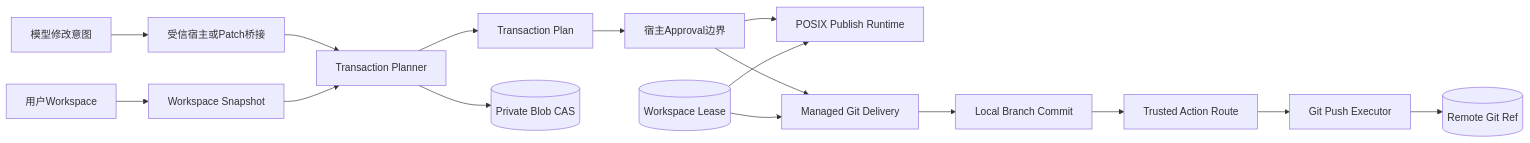
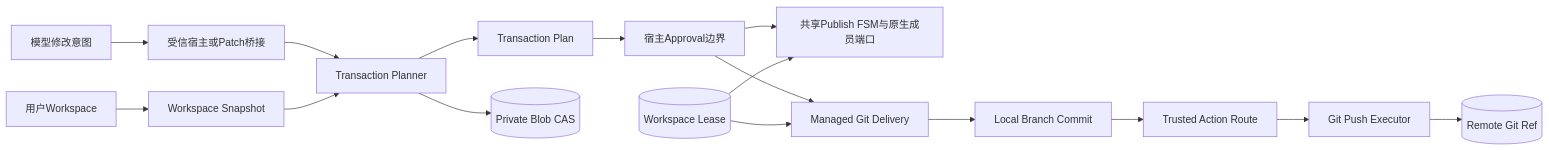
Before and after one commit to carrie1988/Harnessix: the first of 18 diagrams in docs/modules/delivery.md, drawn with Mermaid. The commit also changed other lines of this file and 22 other files, not shown here.

````diff
--- a/docs/modules/delivery.md
+++ b/docs/modules/delivery.md
@@ -156,18 +156,18 @@
 ```mermaid
 flowchart LR
     Intent[模型修改意图] --> Host[受信宿主或Patch桥接]
     Host --> Planner[Transaction Planner]
     Workspace[用户Workspace] --> Snapshot[Workspace Snapshot]
     Snapshot --> Planner
     Planner --> Plan[Transaction Plan]
     Planner --> Blobs[(Private Blob CAS)]
     Plan --> Approval[宿主Approval边界]
-    Approval --> FS[POSIX Publish Runtime]
+    Approval --> FS[共享Publish FSM与原生成员端口]
     Approval --> Git[Managed Git Delivery]
     Lease[(Workspace Lease)] --> FS
     Lease --> Git
     Git --> Commit[Local Branch Commit]
     Commit --> Route[Trusted Action Route]
     Route --> Push[Git Push Executor]
     Push --> Remote[(Remote Git Ref)]
 ```
````
